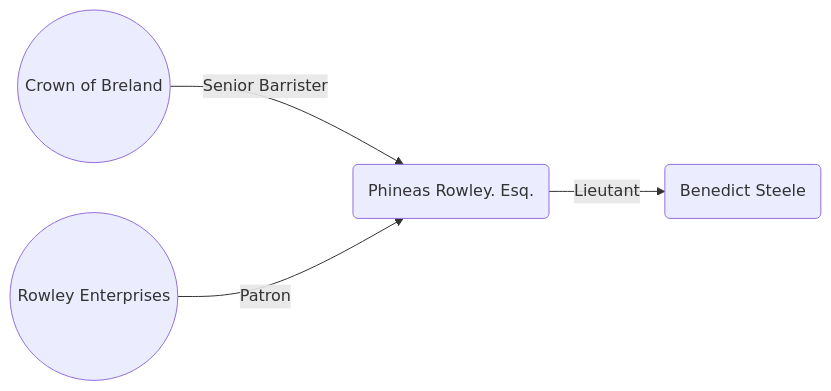
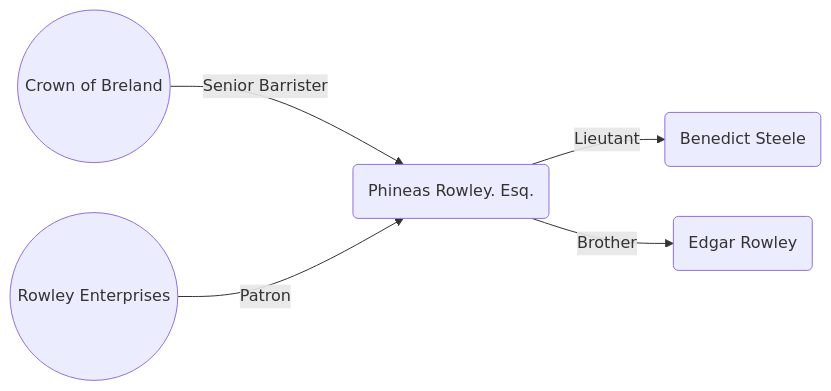
One commit to DiscoverTec/anExperiment changed the second of 7 diagrams in markdown/places/sharn.md. Above: the diagram before and after it, drawn with Mermaid.

Commit message:
Added relationship to Steele Investigations

````diff
--- a/markdown/places/sharn.md
+++ b/markdown/places/sharn.md
@@ -29,6 +29,7 @@
 ```mermaid
 flowchart LR;
     breland((Crown of Breland)) --> |Senior Barrister| phineas(Phineas Rowley. Esq.);
     rowley((Rowley Enterprises)) --> |Patron| phineas;
     phineas --> |Lieutant| steele(Benedict Steele);
+    phineas --> |Brother| edgar(Edgar Rowley);
 ```
````
